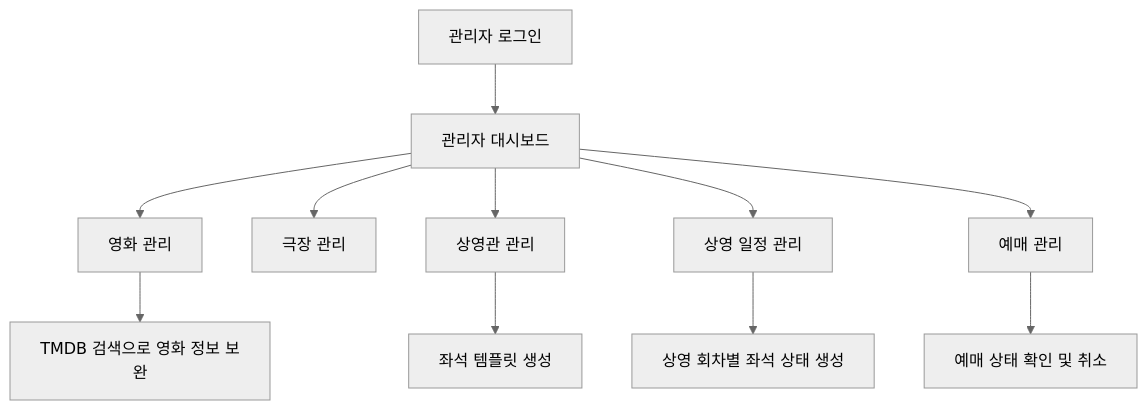
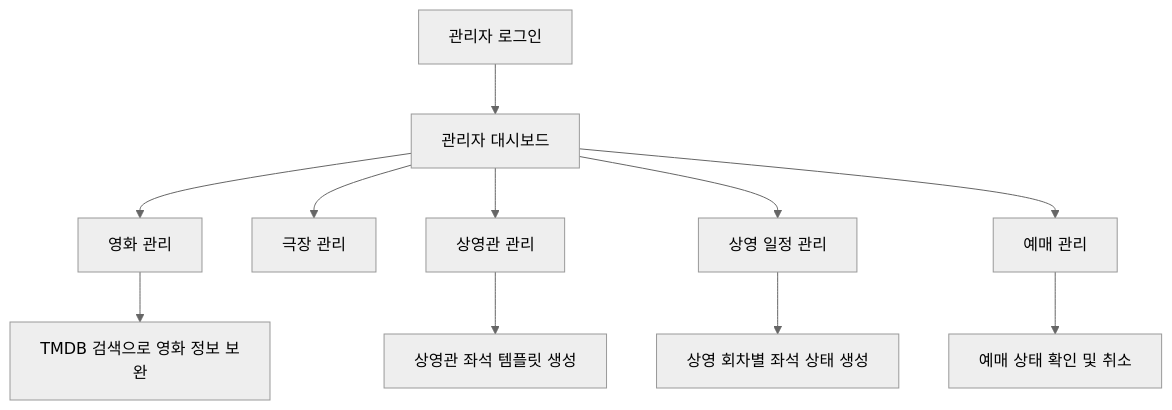
One commit to allen8524/cineflow-spring-boot changed the second of 6 diagrams in README.md. Above: the diagram before and after it, drawn with Mermaid (neutral theme). The commit also changed other lines of this file, not shown here.

````diff
--- a/README.md
+++ b/README.md
@@ -308,13 +327,13 @@
 ```mermaid
 flowchart TD
     A[관리자 로그인] --> B[관리자 대시보드]
     B --> C[영화 관리]
     B --> D[극장 관리]
     B --> E[상영관 관리]
     B --> F[상영 일정 관리]
     B --> G[예매 관리]
     C --> H[TMDB 검색으로 영화 정보 보완]
-    E --> I[좌석 템플릿 생성]
+    E --> I[상영관 좌석 템플릿 생성]
     F --> J[상영 회차별 좌석 상태 생성]
     G --> K[예매 상태 확인 및 취소]
 ```
````
